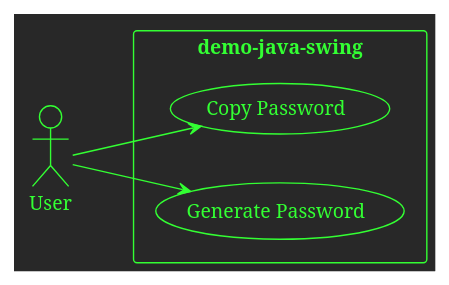
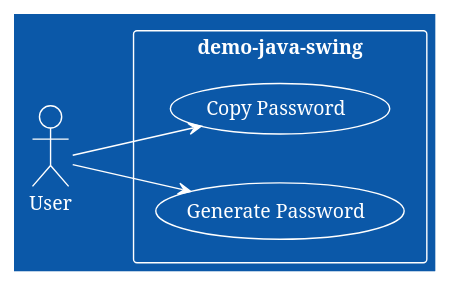
The diagram in diagrams/UseCase.puml (djvelimir/demo-java-swing), drawn with PlantUML before and after one commit.

```diff
--- a/diagrams/UseCase.puml
+++ b/diagrams/UseCase.puml
@@ -1,14 +1,14 @@
 @startuml
-!theme crt-green
+!theme amiga
 left to right direction
 
 actor "User" as user
 
 rectangle demo-java-swing {
   usecase "Copy Password" as copyPassword
   usecase "Generate Password" as generatePassword
 }
 
 user --> generatePassword
 user --> copyPassword
 @enduml
```
